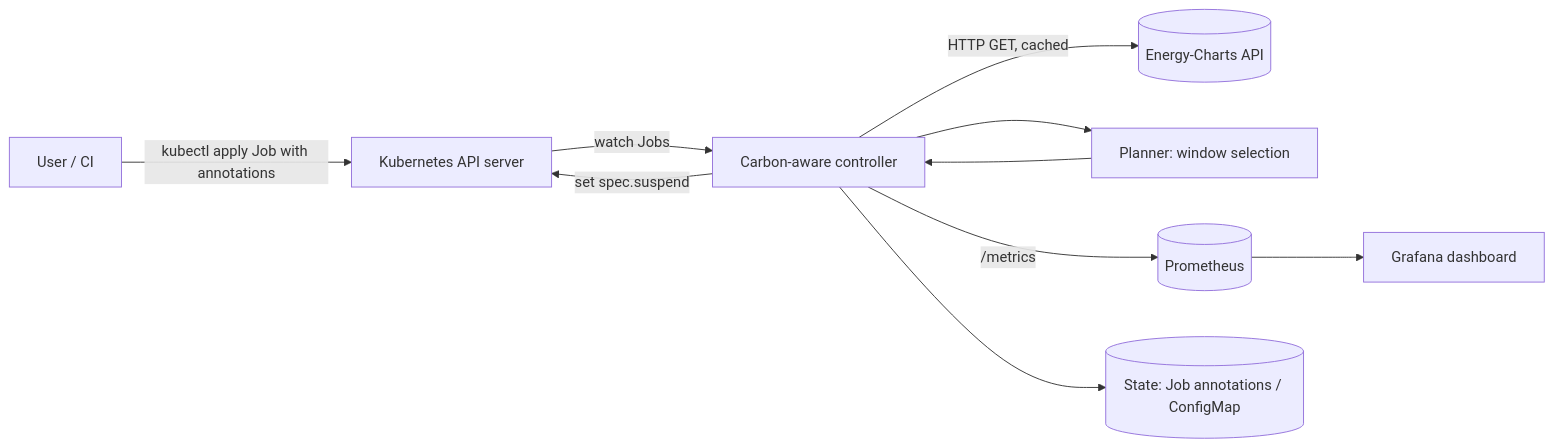
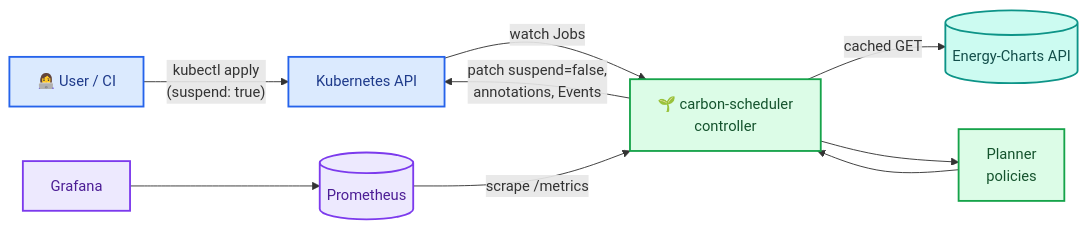
The diagram in README.md (mahmudul-islam32/carbon-aware-k8s-scheduler), drawn with Mermaid before and after one commit. The commit also changed other lines of this file and 8 other files, not shown here.

First line of the commit message:
docs: feature catalogue, roadmap and infographics

````diff
--- a/README.md
+++ b/README.md
@@ -31,12 +116,16 @@
 ```mermaid
 flowchart LR
-    U[User / CI] -->|kubectl apply Job with annotations| API[Kubernetes API server]
-    API -->|watch Jobs| C[Carbon-aware controller]
-    C -->|set spec.suspend| API
-    C -->|HTTP GET, cached| EC[(Energy-Charts API)]
-    C --> P[Planner: window selection]
+    classDef ext fill:#ccfbf1,stroke:#0d9488,color:#134e4a,stroke-width:2px
+    classDef ctrl fill:#dcfce7,stroke:#16a34a,color:#14532d,stroke-width:2px
+    classDef obs fill:#ede9fe,stroke:#7c3aed,color:#4c1d95,stroke-width:2px
+    classDef k8s fill:#dbeafe,stroke:#2563eb,color:#1e3a8a,stroke-width:2px
+
+    U["👩‍💻 User / CI"]:::k8s -->|"kubectl apply<br/>(suspend: true)"| API["Kubernetes API"]:::k8s
+    API -->|watch Jobs| C["🌱 carbon-scheduler<br/>controller"]:::ctrl
+    C -->|"patch suspend=false,<br/>annotations, Events"| API
+    C -->|cached GET| EC[("Energy-Charts API")]:::ext
+    C --> P["Planner<br/>policies"]:::ctrl
     P --> C
-    C -->|/metrics| PR[(Prometheus)]
-    PR --> G[Grafana dashboard]
-    C --> S[(State: Job annotations / ConfigMap)]
+    PR[("Prometheus")]:::obs -->|"scrape /metrics"| C
+    G["Grafana"]:::obs --> PR
 ```
````
